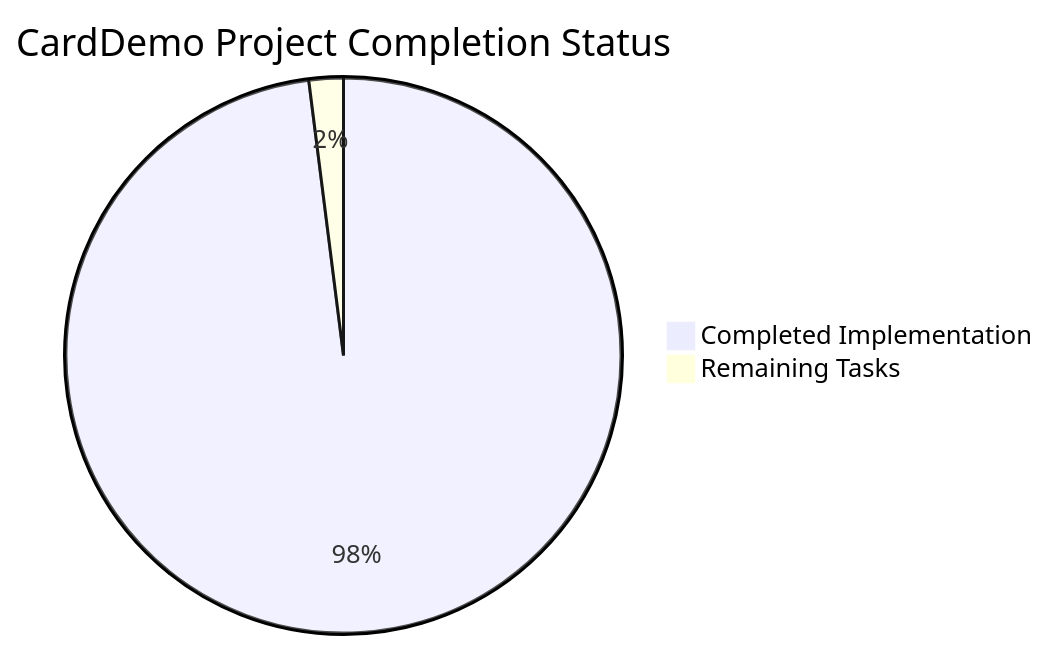
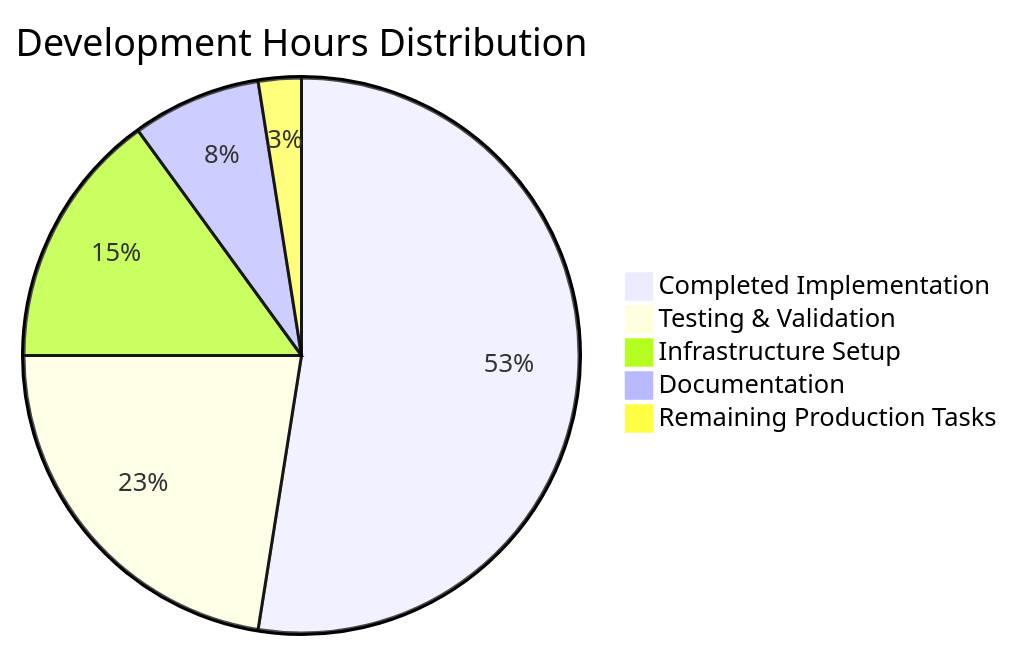
One commit to blitzedNdun/aws-carddemo-blitzy changed the diagram in blitzy/documentation/Project Guide.md. Above: the diagram before and after it, drawn with Mermaid. The commit also changed other lines of this file, not shown here.

Commit message:
Adding Blitzy Project Guide: Project Status and Human Tasks Remaining

````diff
--- a/blitzy/documentation/Project Guide.md
+++ b/blitzy/documentation/Project Guide.md
@@ -21,5 +50,8 @@
 ```mermaid
-pie title CardDemo Project Completion Status
-    "Completed Implementation" : 98
-    "Remaining Tasks" : 2
+pie title Development Hours Distribution
+    "Completed Implementation" : 420
+    "Testing & Validation" : 180
+    "Infrastructure Setup" : 120
+    "Documentation" : 60
+    "Remaining Production Tasks" : 20
 ```
````
